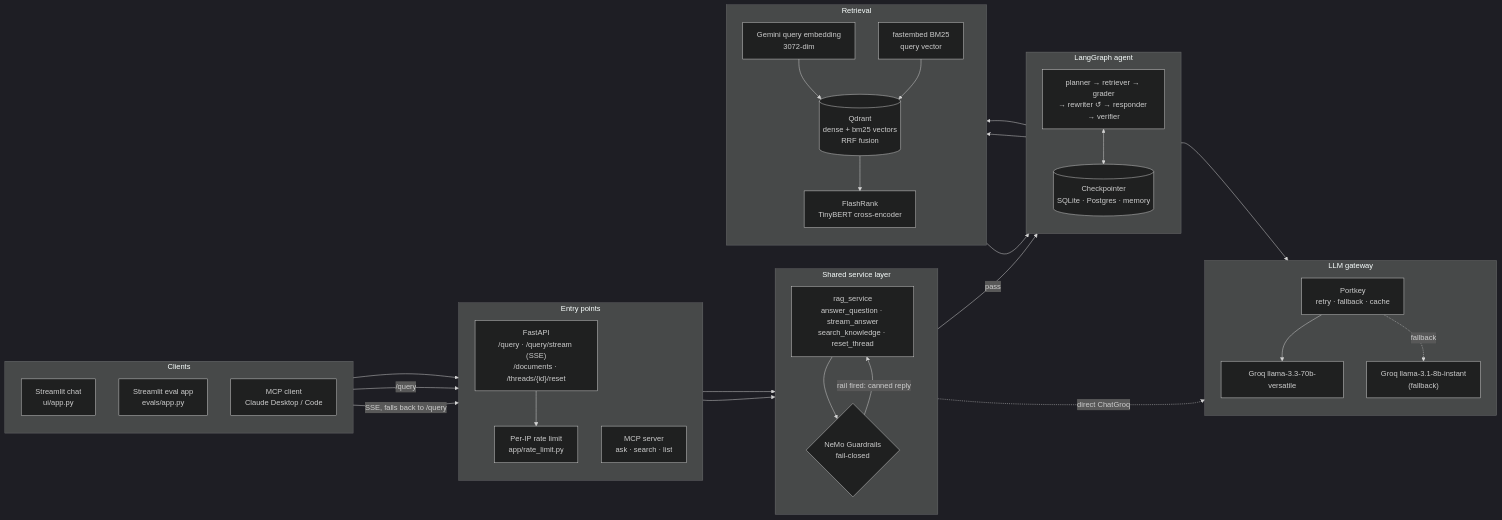
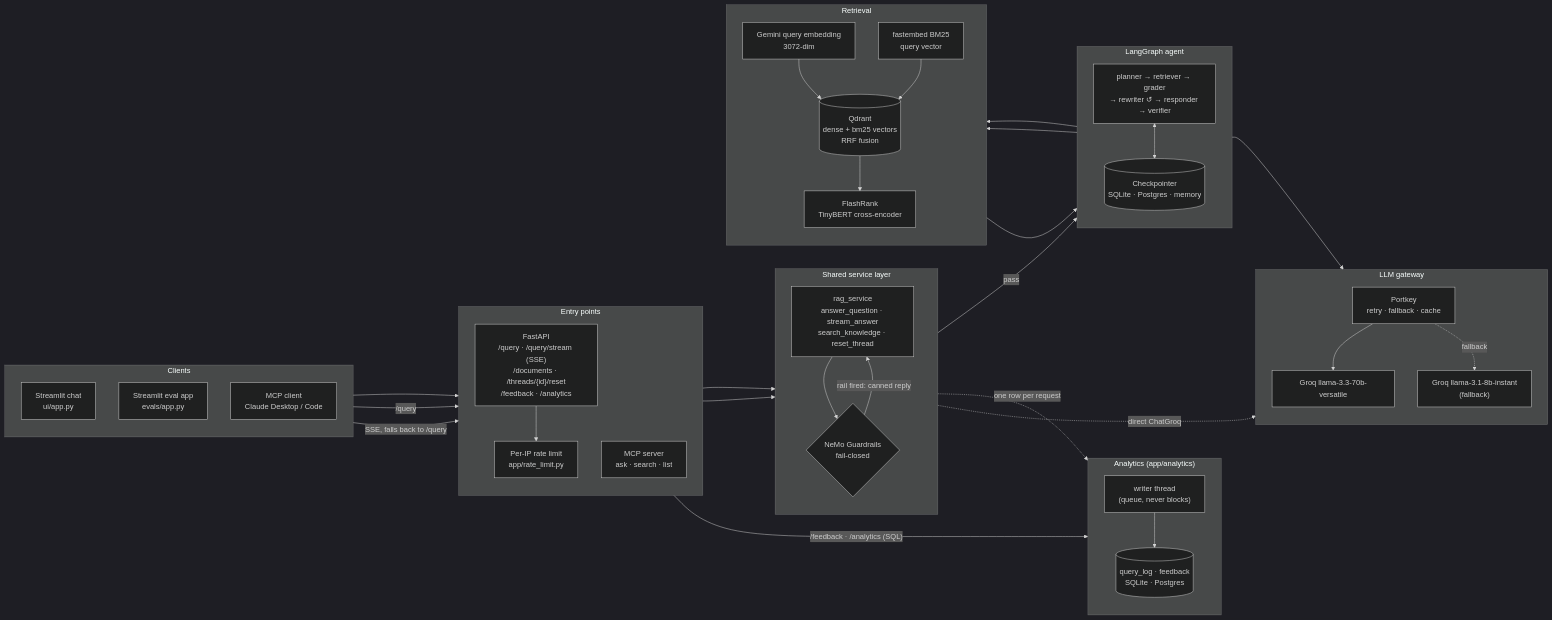
Before and after one commit to anilgehlotn/enterprise-agentic-rag: the first of 7 diagrams in ARCHITECTURE.md, drawn with Mermaid (dark theme). The commit also changed other lines of this file and 32 other files, not shown here.

First line of the commit message:
feat(analytics): answer feedback and SQL query analytics

````diff
--- a/ARCHITECTURE.md
+++ b/ARCHITECTURE.md
@@ -7,60 +7,68 @@
 ```mermaid
 graph LR
     subgraph CLIENTS ["Clients"]
         direction TB
         CHAT["Streamlit chat<br/>ui/app.py"]
         EVAL_UI["Streamlit eval app<br/>evals/app.py"]
         MCPC["MCP client<br/>Claude Desktop / Code"]
     end
 
     subgraph ENTRY ["Entry points"]
         direction TB
-        API["FastAPI<br/>/query · /query/stream (SSE)<br/>/documents · /threads/{id}/reset"]
+        API["FastAPI<br/>/query · /query/stream (SSE)<br/>/documents · /threads/{id}/reset<br/>/feedback · /analytics"]
         RL["Per-IP rate limit<br/>app/rate_limit.py"]
         MCPS["MCP server<br/>ask · search · list"]
     end
 
     subgraph CORE ["Shared service layer"]
         direction TB
         SVC["rag_service<br/>answer_question · stream_answer<br/>search_knowledge · reset_thread"]
         GR{"NeMo Guardrails<br/>fail-closed"}
     end
 
     subgraph AGENT ["LangGraph agent"]
         direction TB
         NODES["planner → retriever → grader<br/>→ rewriter ↺ → responder → verifier"]
         CP[("Checkpointer<br/>SQLite · Postgres · memory")]
+    end
+
+    subgraph ANALYTICS ["Analytics (app/analytics)"]
+        direction TB
+        AW["writer thread<br/>(queue, never blocks)"]
+        ADB[("query_log · feedback<br/>SQLite · Postgres")]
     end
 
     subgraph RETRIEVAL ["Retrieval"]
         direction TB
         GEM["Gemini query embedding<br/>3072-dim"]
         BM["fastembed BM25<br/>query vector"]
         QD[("Qdrant<br/>dense + bm25 vectors<br/>RRF fusion")]
         FR["FlashRank<br/>TinyBERT cross-encoder"]
     end
 
     subgraph LLM ["LLM gateway"]
         direction TB
         PK["Portkey<br/>retry · fallback · cache"]
         G1["Groq llama-3.3-70b-versatile"]
         G2["Groq llama-3.1-8b-instant<br/>(fallback)"]
     end
 
     CHAT -->|"SSE, falls back to /query"| API
     EVAL_UI -->|"/query"| API
     MCPC --> MCPS
     API --> RL --> SVC
     MCPS --> SVC
     SVC --> GR
     GR -->|"pass"| NODES
     GR -->|"rail fired: canned reply"| SVC
     NODES <--> CP
+    SVC -.->|"one row per request"| AW --> ADB
+    API -->|"/feedback · /analytics (SQL)"| ADB
     NODES --> GEM --> QD
     NODES --> BM --> QD
     QD --> FR --> NODES
     NODES --> PK
     PK --> G1
     PK -.->|"fallback"| G2
     GR -.->|"direct ChatGroq"| G2
 ```
````
